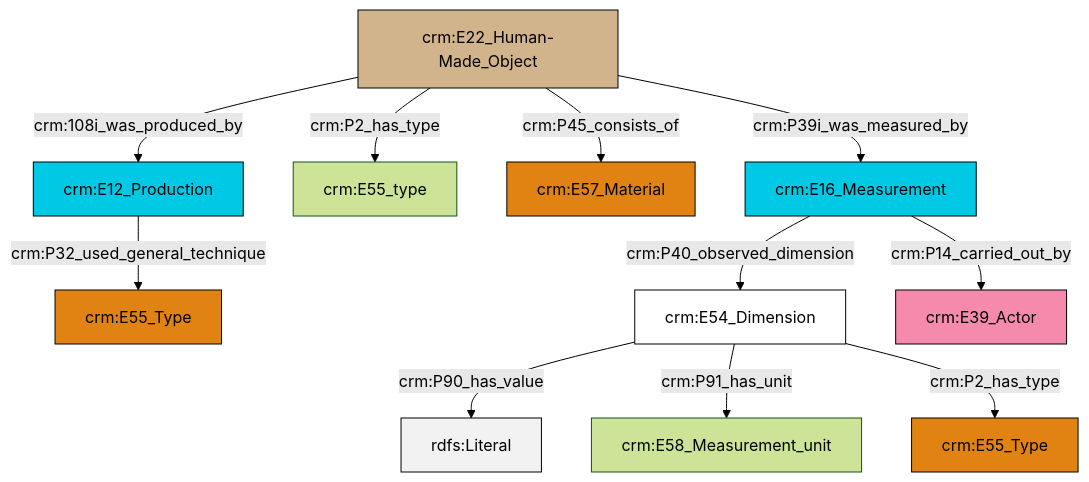
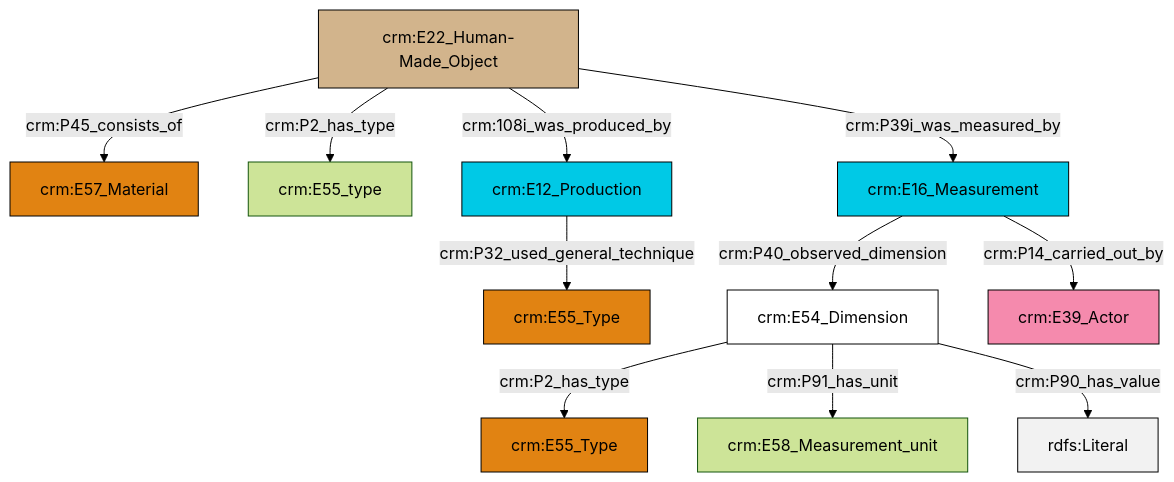
The diagram in et/artworkCSV/ttl/mmd/Artwork_substance.ttl.mmd (swiss-art-research-net/docs.swissartresearch), drawn with Mermaid (forest theme) before and after one commit. The commit also changed 129 other files, not shown here.

```diff
--- a/et/artworkCSV/ttl/mmd/Artwork_substance.ttl.mmd
+++ b/et/artworkCSV/ttl/mmd/Artwork_substance.ttl.mmd
@@ -1,25 +1,25 @@
 graph TD
 classDef Literal fill:#f2f2f2,stroke:#000000;
 classDef CRM_Entity fill:#FFFFFF,stroke:#000000;
 classDef Temporal_Entity fill:#00C9E6, stroke:#000000;
 classDef Type fill:#E18312, stroke:#000000;
 classDef Time-Span fill:#2C9C91, stroke:#000000;
 classDef Appellation fill:#FFEB7F, stroke:#000000;
 classDef Place fill:#008836, stroke:#000000;
 classDef Persistent_Item fill:#B266B2, stroke:#000000;
 classDef Conceptual_Object fill:#FFD700, stroke:#000000;
 classDef Physical_Thing fill:#D2B48C, stroke:#000000;
 classDef Actor fill:#f58aad, stroke:#000000;
 classDef PC_Classes fill:#4ce600, stroke:#000000;
 classDef Multi fill:#cccccc,stroke:#000000;
 
-0["crm:E22_Human-Made_Object"]:::Physical_Thing -->|crm:108i_was_produced_by| 1["crm:E12_Production"]:::Temporal_Entity
-4["crm:E54_Dimension"]:::CRM_Entity -->|crm:P90_has_value| 5[rdfs:Literal]:::Literal
-4["crm:E54_Dimension"]:::CRM_Entity -->|crm:P91_has_unit| 6["crm:E58_Measurement_unit"]:::Default
-4["crm:E54_Dimension"]:::CRM_Entity -->|crm:P2_has_type| 10["crm:E55_Type"]:::Type
-2["crm:E16_Measurement"]:::Temporal_Entity -->|crm:P40_observed_dimension| 4["crm:E54_Dimension"]:::CRM_Entity
-1["crm:E12_Production"]:::Temporal_Entity -->|crm:P32_used_general_technique| 8["crm:E55_Type"]:::Type
-0["crm:E22_Human-Made_Object"]:::Physical_Thing -->|crm:P2_has_type| 12["crm:E55_type"]:::Default
-0["crm:E22_Human-Made_Object"]:::Physical_Thing -->|crm:P45_consists_of| 17["crm:E57_Material"]:::Type
-0["crm:E22_Human-Made_Object"]:::Physical_Thing -->|crm:P39i_was_measured_by| 2["crm:E16_Measurement"]:::Temporal_Entity
-2["crm:E16_Measurement"]:::Temporal_Entity -->|crm:P14_carried_out_by| 14["crm:E39_Actor"]:::Actor
+2["crm:E54_Dimension"]:::CRM_Entity -->|crm:P2_has_type| 3["crm:E55_Type"]:::Type
+4["crm:E22_Human-Made_Object"]:::Physical_Thing -->|crm:P45_consists_of| 0["crm:E57_Material"]:::Type
+2["crm:E54_Dimension"]:::CRM_Entity -->|crm:P91_has_unit| 7["crm:E58_Measurement_unit"]:::Default
+2["crm:E54_Dimension"]:::CRM_Entity -->|crm:P90_has_value| 9[rdfs:Literal]:::Literal
+4["crm:E22_Human-Made_Object"]:::Physical_Thing -->|crm:P2_has_type| 10["crm:E55_type"]:::Default
+11["crm:E16_Measurement"]:::Temporal_Entity -->|crm:P40_observed_dimension| 2["crm:E54_Dimension"]:::CRM_Entity
+4["crm:E22_Human-Made_Object"]:::Physical_Thing -->|crm:108i_was_produced_by| 12["crm:E12_Production"]:::Temporal_Entity
+12["crm:E12_Production"]:::Temporal_Entity -->|crm:P32_used_general_technique| 5["crm:E55_Type"]:::Type
+11["crm:E16_Measurement"]:::Temporal_Entity -->|crm:P14_carried_out_by| 16["crm:E39_Actor"]:::Actor
+4["crm:E22_Human-Made_Object"]:::Physical_Thing -->|crm:P39i_was_measured_by| 11["crm:E16_Measurement"]:::Temporal_Entity
```
